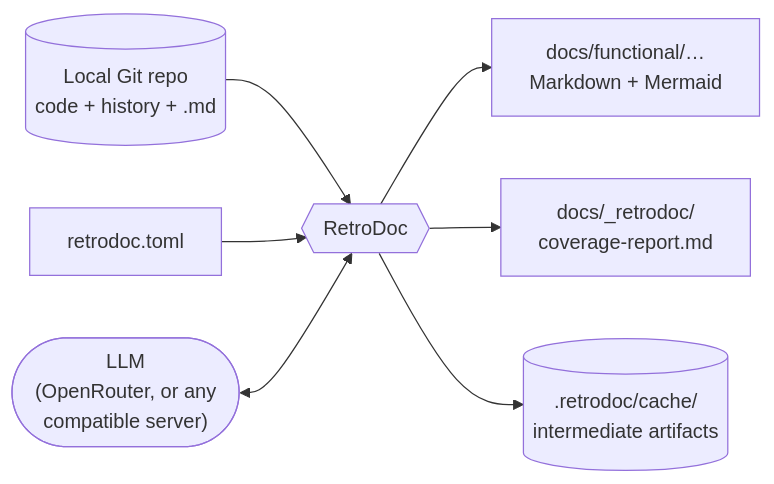
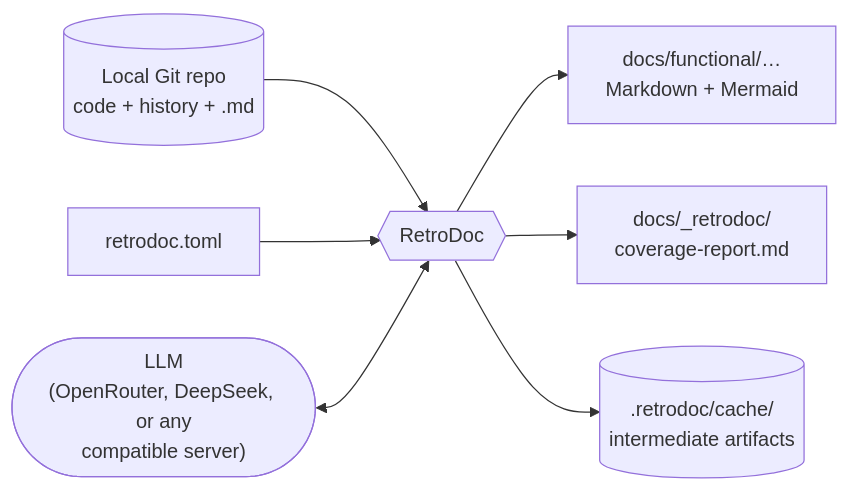
Before and after one commit to Electron-libre/RetroDoc: the first of 9 diagrams in docs/ARCHITECTURE.md, drawn with Mermaid. The commit also changed other lines of this file and 7 other files, not shown here.

````diff
--- a/docs/ARCHITECTURE.md
+++ b/docs/ARCHITECTURE.md
@@ -13,9 +13,9 @@
 ```mermaid
 flowchart LR
     repo[("Local Git repo<br/>code + history + .md")] --> rd{{RetroDoc}}
     cfg["retrodoc.toml"] --> rd
-    llm(["LLM<br/>(OpenRouter, or any<br/>compatible server)"]) <--> rd
+    llm(["LLM<br/>(OpenRouter, DeepSeek, or any<br/>compatible server)"]) <--> rd
     rd --> docs["docs/functional/…<br/>Markdown + Mermaid"]
     rd --> rep["docs/_retrodoc/<br/>coverage-report.md"]
     rd --> cache[(".retrodoc/cache/<br/>intermediate artifacts")]
 ```
````
